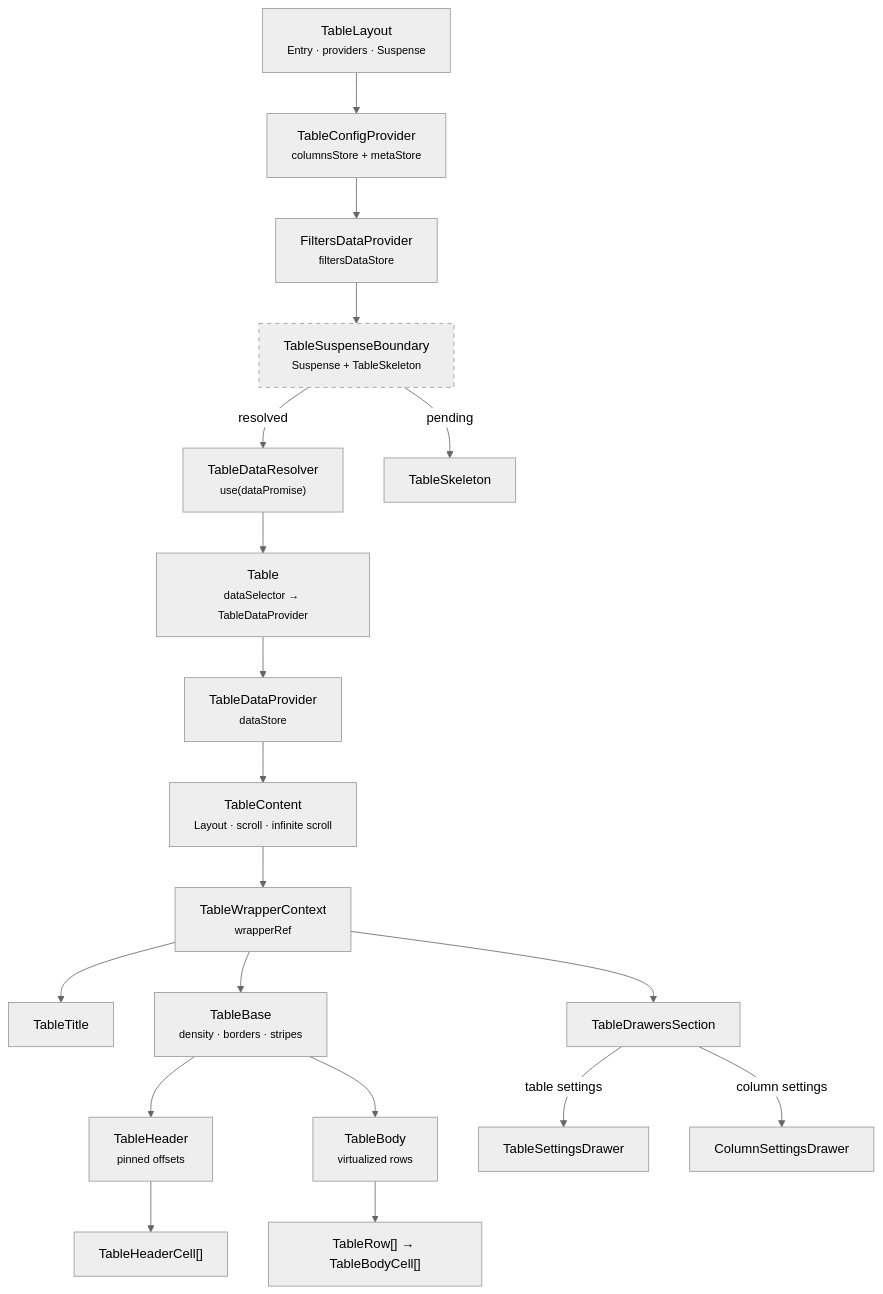
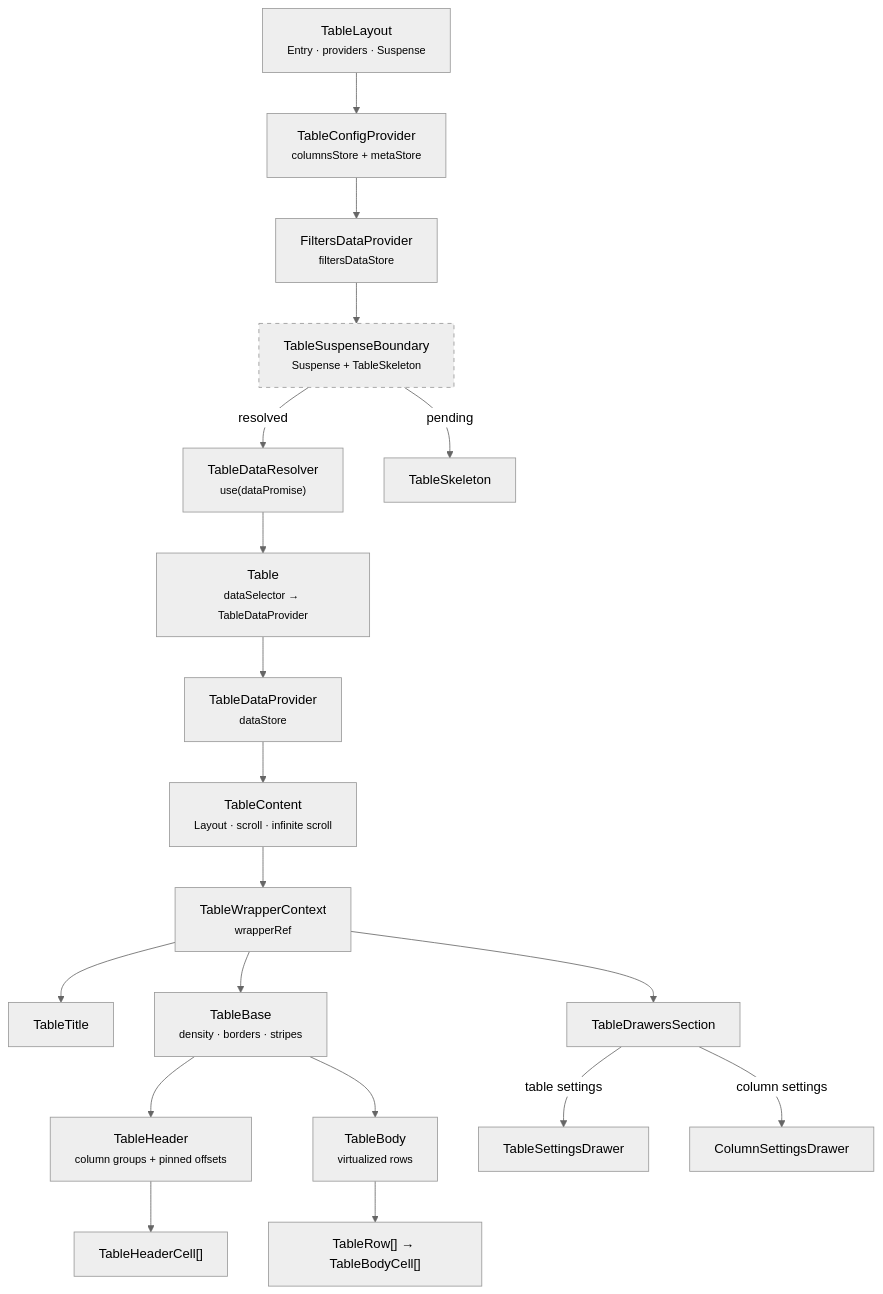
Before and after one commit to luciocabrera/lcabrera-stack: the first of 4 diagrams in src/components/Table/ARCHITECTURE.md, drawn with Mermaid (neutral theme). The commit also changed other lines of this file and 1 other file, not shown here.

Commit message:
feat(Table): update architecture documentation to clarify column grouping and virtualization

````diff
--- a/src/components/Table/ARCHITECTURE.md
+++ b/src/components/Table/ARCHITECTURE.md
@@ -15,31 +15,31 @@
 ```mermaid
 graph TD
   TL["TableLayout<br/><small>Entry · providers · Suspense</small>"]
   TCP["TableConfigProvider<br/><small>columnsStore + metaStore</small>"]
   FDP["FiltersDataProvider<br/><small>filtersDataStore</small>"]
   TSB["TableSuspenseBoundary<br/><small>Suspense + TableSkeleton</small>"]
   TDR["TableDataResolver<br/><small>use(dataPromise)</small>"]
   T["Table<br/><small>dataSelector → TableDataProvider</small>"]
   TDP["TableDataProvider<br/><small>dataStore</small>"]
   TC["TableContent<br/><small>Layout · scroll · infinite scroll</small>"]
   TWC["TableWrapperContext<br/><small>wrapperRef</small>"]
   TTitle["TableTitle"]
   TBase["TableBase<br/><small>density · borders · stripes</small>"]
-  TH["TableHeader<br/><small>pinned offsets</small>"]
+  TH["TableHeader<br/><small>column groups + pinned offsets</small>"]
   TBody["TableBody<br/><small>virtualized rows</small>"]
   TDS["TableDrawersSection"]
 
   TL --> TCP --> FDP --> TSB
   TSB -->|pending| SK["TableSkeleton"]
   TSB -->|resolved| TDR --> T --> TDP --> TC --> TWC
   TWC --> TTitle
   TWC --> TBase
   TBase --> TH --> THC["TableHeaderCell[]"]
   TBase --> TBody --> TR["TableRow[] → TableBodyCell[]"]
   TWC --> TDS
 
   TDS -->|table settings| TSD["TableSettingsDrawer"]
   TDS -->|column settings| CSD["ColumnSettingsDrawer"]
 
   style TSB stroke-dasharray: 5 5
 ```
````
